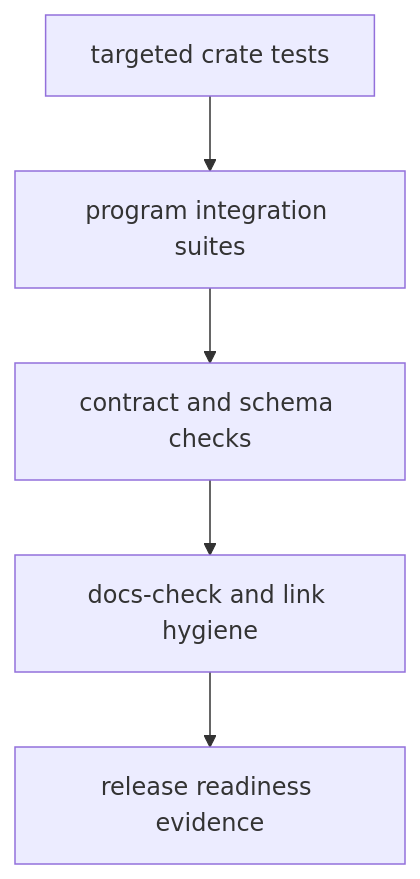
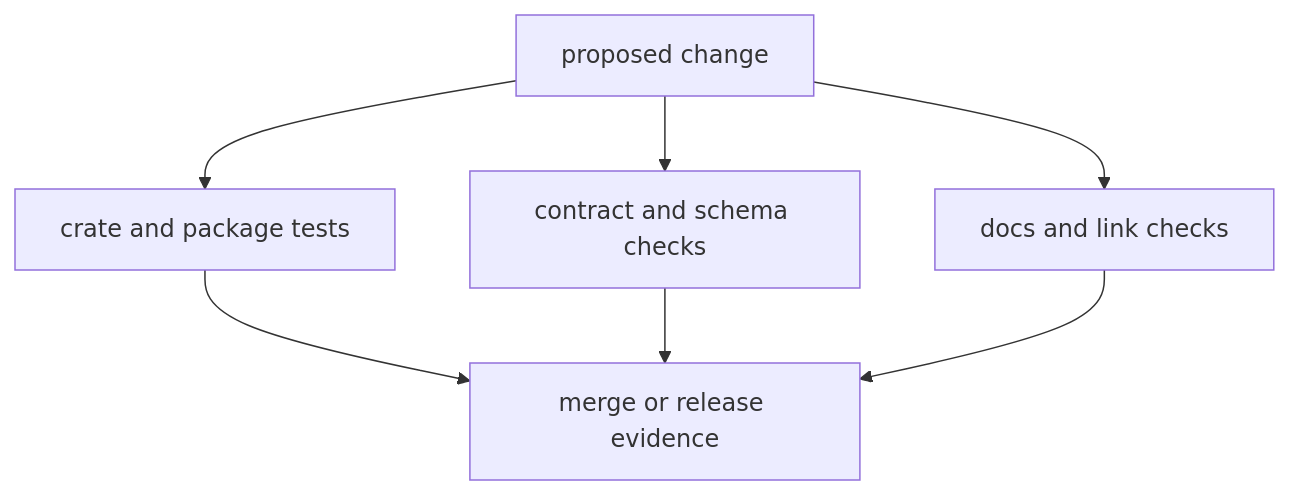
Before and after one commit to bijux/bijux-cli: the diagram in docs/bijux-core/governance/testing-and-validation.md, drawn with Mermaid. The commit also changed other lines of this file, not shown here.

Commit message:
docs(core-governance): clarify testing and validation evidence

````diff
--- a/docs/bijux-core/governance/testing-and-validation.md
+++ b/docs/bijux-core/governance/testing-and-validation.md
@@ -17,7 +20,9 @@
 ```mermaid
 flowchart TD
-    unit[targeted crate tests] --> integration[program integration suites]
-    integration --> contracts[contract and schema checks]
-    contracts --> docs[docs-check and link hygiene]
-    docs --> readiness[release readiness evidence]
+    change["proposed change"] --> unit["crate and package tests"]
+    change --> contracts["contract and schema checks"]
+    change --> docs["docs and link checks"]
+    unit --> readiness["merge or release evidence"]
+    contracts --> readiness
+    docs --> readiness
 ```
````
